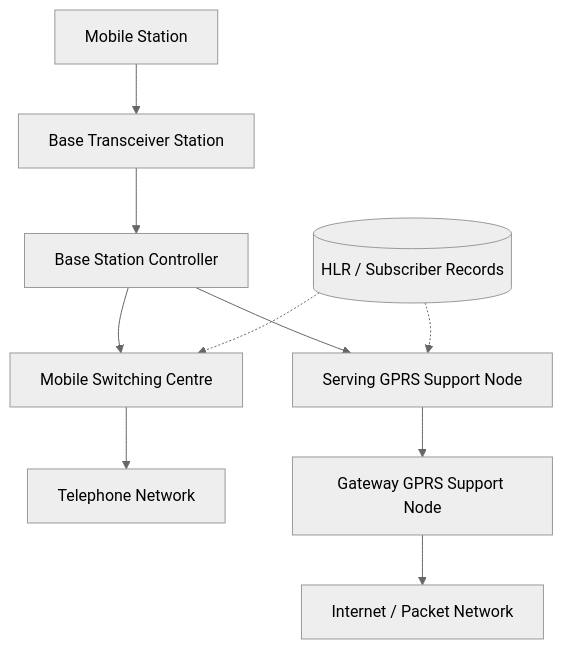
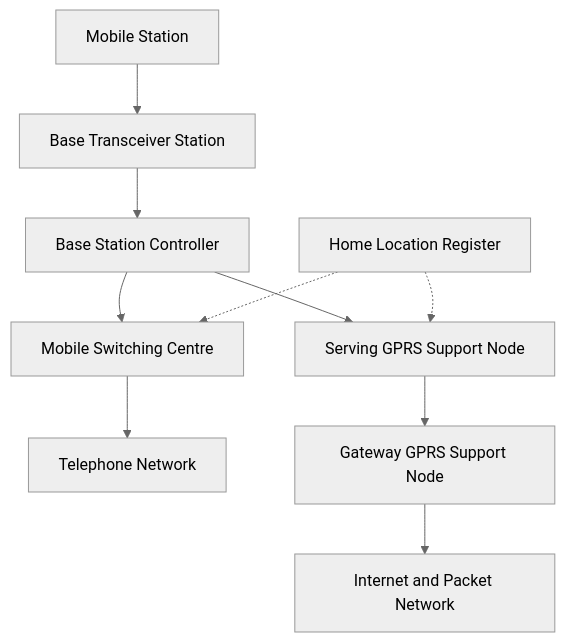
Before and after one commit to julietarubis/mobile-network-generations: the fourth of 13 diagrams in README-5G-6G-FCAPS.md, drawn with Mermaid (neutral theme). The commit also changed other lines of this file, not shown here.

````diff
--- a/README-5G-6G-FCAPS.md
+++ b/README-5G-6G-FCAPS.md
@@ -90,12 +111,12 @@
 ```mermaid
 flowchart TB
-    MS[Mobile Station] --> BTS[Base Transceiver Station]
-    BTS --> BSC[Base Station Controller]
-    BSC --> MSC[Mobile Switching Centre]
-    MSC --> PSTN[Telephone Network]
-    BSC --> SGSN[Serving GPRS Support Node]
-    SGSN --> GGSN[Gateway GPRS Support Node]
-    GGSN --> NET[Internet / Packet Network]
-    HLR[(HLR / Subscriber Records)] -.-> MSC
-    HLR -.-> SGSN
+  MS["Mobile Station"] --> BTS["Base Transceiver Station"]
+  BTS --> BSC["Base Station Controller"]
+  BSC --> MSC["Mobile Switching Centre"]
+  MSC --> PSTN["Telephone Network"]
+  BSC --> SGSN["Serving GPRS Support Node"]
+  SGSN --> GGSN["Gateway GPRS Support Node"]
+  GGSN --> NET["Internet and Packet Network"]
+  HLR["Home Location Register"] -.-> MSC
+  HLR -.-> SGSN
 ```
````
